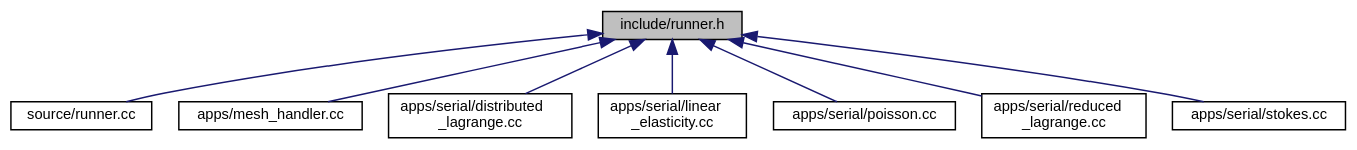
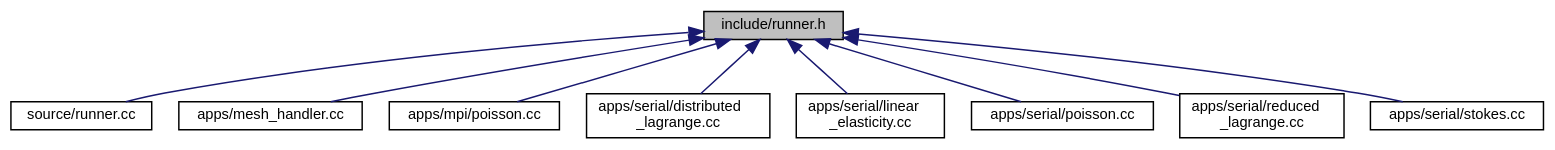
Before and after one commit to luca-heltai/fsi-suite: the diagram in runner_8h__dep__incl.dot, drawn with Graphviz. The commit also changed 401 other files, not shown here.

```diff
--- a/runner_8h__dep__incl.dot
+++ b/runner_8h__dep__incl.dot
@@ -1,22 +1,24 @@
 digraph "include/runner.h"
 {
  // LATEX_PDF_SIZE
   bgcolor="transparent";
   edge [fontname="Helvetica",fontsize="10",labelfontname="Helvetica",labelfontsize="10"];
   node [fontname="Helvetica",fontsize="10",shape=record];
   Node1 [label="include/runner.h",height=0.2,width=0.4,color="black", fillcolor="grey75", style="filled", fontcolor="black",tooltip=" "];
   Node1 -> Node2 [dir="back",color="midnightblue",fontsize="10",style="solid",fontname="Helvetica"];
   Node2 [label="source/runner.cc",height=0.2,width=0.4,color="black",URL="$runner_8cc.html",tooltip=" "];
   Node1 -> Node3 [dir="back",color="midnightblue",fontsize="10",style="solid",fontname="Helvetica"];
   Node3 [label="apps/mesh_handler.cc",height=0.2,width=0.4,color="black",URL="$mesh__handler_8cc.html",tooltip="Mesh generator and reader."];
   Node1 -> Node4 [dir="back",color="midnightblue",fontsize="10",style="solid",fontname="Helvetica"];
-  Node4 [label="apps/serial/distributed\l_lagrange.cc",height=0.2,width=0.4,color="black",URL="$apps_2serial_2distributed__lagrange_8cc.html",tooltip=" "];
+  Node4 [label="apps/mpi/poisson.cc",height=0.2,width=0.4,color="black",URL="$apps_2mpi_2poisson_8cc.html",tooltip=" "];
   Node1 -> Node5 [dir="back",color="midnightblue",fontsize="10",style="solid",fontname="Helvetica"];
-  Node5 [label="apps/serial/linear\l_elasticity.cc",height=0.2,width=0.4,color="black",URL="$apps_2serial_2linear__elasticity_8cc.html",tooltip=" "];
+  Node5 [label="apps/serial/distributed\l_lagrange.cc",height=0.2,width=0.4,color="black",URL="$apps_2serial_2distributed__lagrange_8cc.html",tooltip=" "];
   Node1 -> Node6 [dir="back",color="midnightblue",fontsize="10",style="solid",fontname="Helvetica"];
-  Node6 [label="apps/serial/poisson.cc",height=0.2,width=0.4,color="black",URL="$apps_2serial_2poisson_8cc.html",tooltip=" "];
+  Node6 [label="apps/serial/linear\l_elasticity.cc",height=0.2,width=0.4,color="black",URL="$apps_2serial_2linear__elasticity_8cc.html",tooltip=" "];
   Node1 -> Node7 [dir="back",color="midnightblue",fontsize="10",style="solid",fontname="Helvetica"];
-  Node7 [label="apps/serial/reduced\l_lagrange.cc",height=0.2,width=0.4,color="black",URL="$apps_2serial_2reduced__lagrange_8cc.html",tooltip=" "];
+  Node7 [label="apps/serial/poisson.cc",height=0.2,width=0.4,color="black",URL="$apps_2serial_2poisson_8cc.html",tooltip=" "];
   Node1 -> Node8 [dir="back",color="midnightblue",fontsize="10",style="solid",fontname="Helvetica"];
-  Node8 [label="apps/serial/stokes.cc",height=0.2,width=0.4,color="black",URL="$apps_2serial_2stokes_8cc.html",tooltip=" "];
+  Node8 [label="apps/serial/reduced\l_lagrange.cc",height=0.2,width=0.4,color="black",URL="$apps_2serial_2reduced__lagrange_8cc.html",tooltip=" "];
+  Node1 -> Node9 [dir="back",color="midnightblue",fontsize="10",style="solid",fontname="Helvetica"];
+  Node9 [label="apps/serial/stokes.cc",height=0.2,width=0.4,color="black",URL="$apps_2serial_2stokes_8cc.html",tooltip=" "];
 }
```
